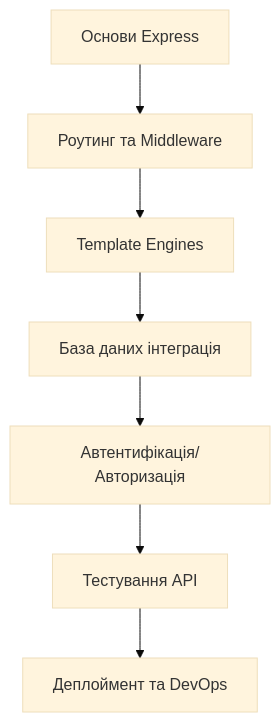
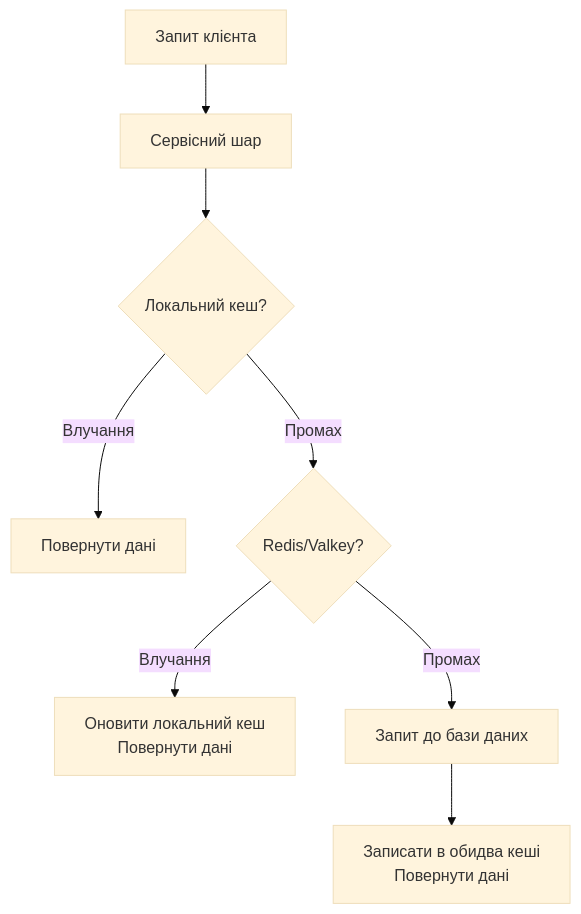
One commit to olroi421/course-web changed the ninth of 10 diagrams in presentations/presentation-04.md. Above: the diagram before and after it, drawn with Mermaid (base theme). The commit also changed other lines of this file and 10 other files, not shown here.

````diff
--- a/presentations/presentation-04.md
+++ b/presentations/presentation-04.md
@@ -567,9 +550,10 @@
 ```mermaid
-graph TD
-    A[Основи Express] --> B[Роутинг та Middleware]
-    B --> C[Template Engines]
-    C --> D[База даних інтеграція]
-    D --> E[Автентифікація/Авторизація]
-    E --> F[Тестування API]
-    F --> G[Деплоймент та DevOps]
+graph TB
+    A[Запит клієнта] --> B[Сервісний шар]
+    B --> C{Локальний кеш?}
+    C -->|Влучання| D[Повернути дані]
+    C -->|Промах| E{Redis/Valkey?}
+    E -->|Влучання| F[Оновити локальний кеш<br/>Повернути дані]
+    E -->|Промах| G[Запит до бази даних]
+    G --> H[Записати в обидва кеші<br/>Повернути дані]
 ```
````
